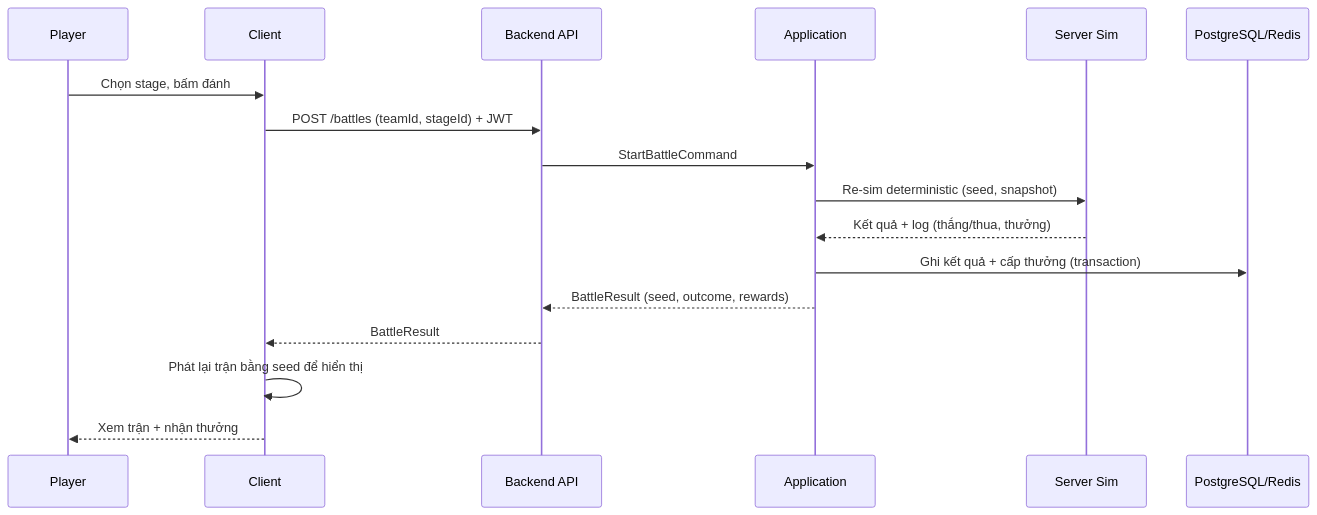
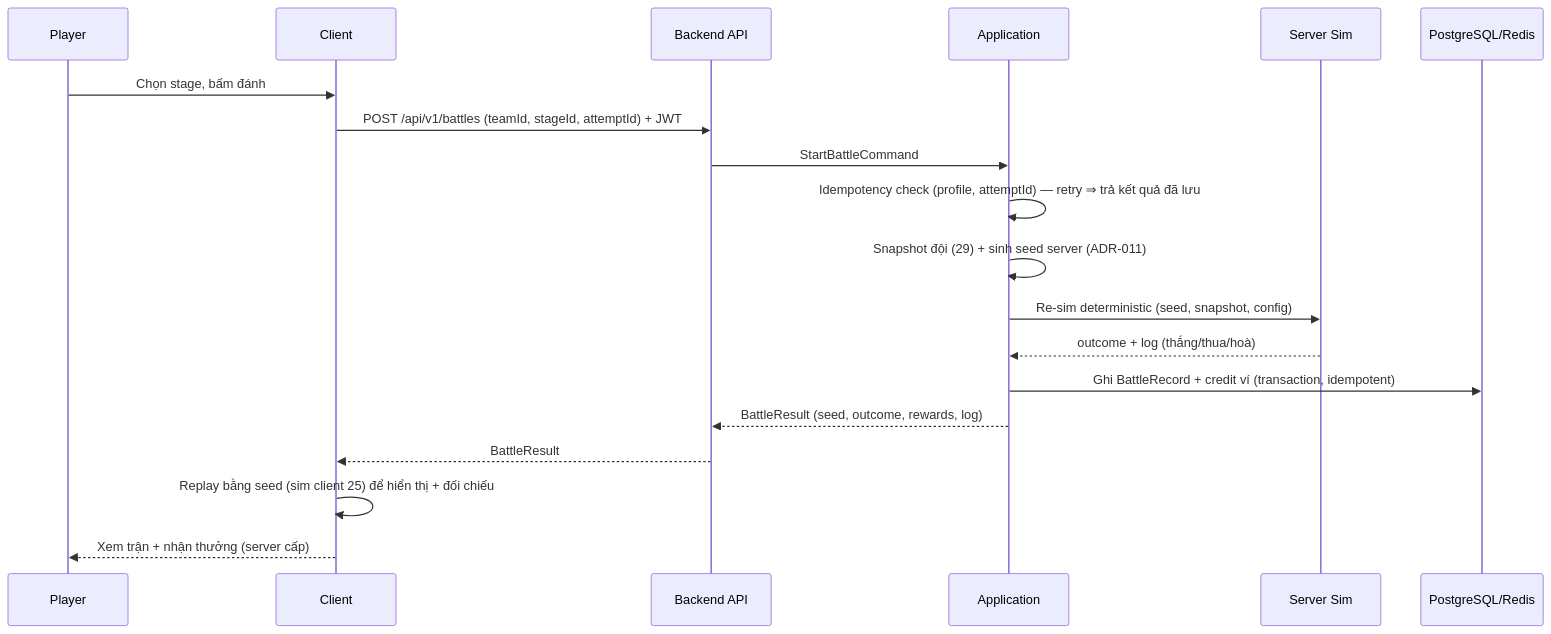
The fifth of 5 diagrams in docs/architecture/overview.md (NamTran-Dev-2712/game-turn-battle), drawn with Mermaid before and after one commit. The commit also changed other lines of this file and 79 other files, not shown here.

````diff
--- a/docs/architecture/overview.md
+++ b/docs/architecture/overview.md
@@ -189,20 +189,22 @@
 ```mermaid
 sequenceDiagram
     participant P as Player
     participant C as Client
     participant API as Backend API
     participant App as Application
     participant Sim as Server Sim
     participant DB as PostgreSQL/Redis
 
     P->>C: Chọn stage, bấm đánh
-    C->>API: POST /battles (teamId, stageId) + JWT
+    C->>API: POST /api/v1/battles (teamId, stageId, attemptId) + JWT
     API->>App: StartBattleCommand
-    App->>Sim: Re-sim deterministic (seed, snapshot)
-    Sim-->>App: Kết quả + log (thắng/thua, thưởng)
-    App->>DB: Ghi kết quả + cấp thưởng (transaction)
-    App-->>API: BattleResult (seed, outcome, rewards)
+    App->>App: Idempotency check (profile, attemptId) — retry ⇒ trả kết quả đã lưu
+    App->>App: Snapshot đội (29) + sinh seed server (ADR-011)
+    App->>Sim: Re-sim deterministic (seed, snapshot, config)
+    Sim-->>App: outcome + log (thắng/thua/hoà)
+    App->>DB: Ghi BattleRecord + credit ví (transaction, idempotent)
+    App-->>API: BattleResult (seed, outcome, rewards, log)
     API-->>C: BattleResult
-    C->>C: Phát lại trận bằng seed để hiển thị
-    C-->>P: Xem trận + nhận thưởng
+    C->>C: Replay bằng seed (sim client 25) để hiển thị + đối chiếu
+    C-->>P: Xem trận + nhận thưởng (server cấp)
 ```
````
